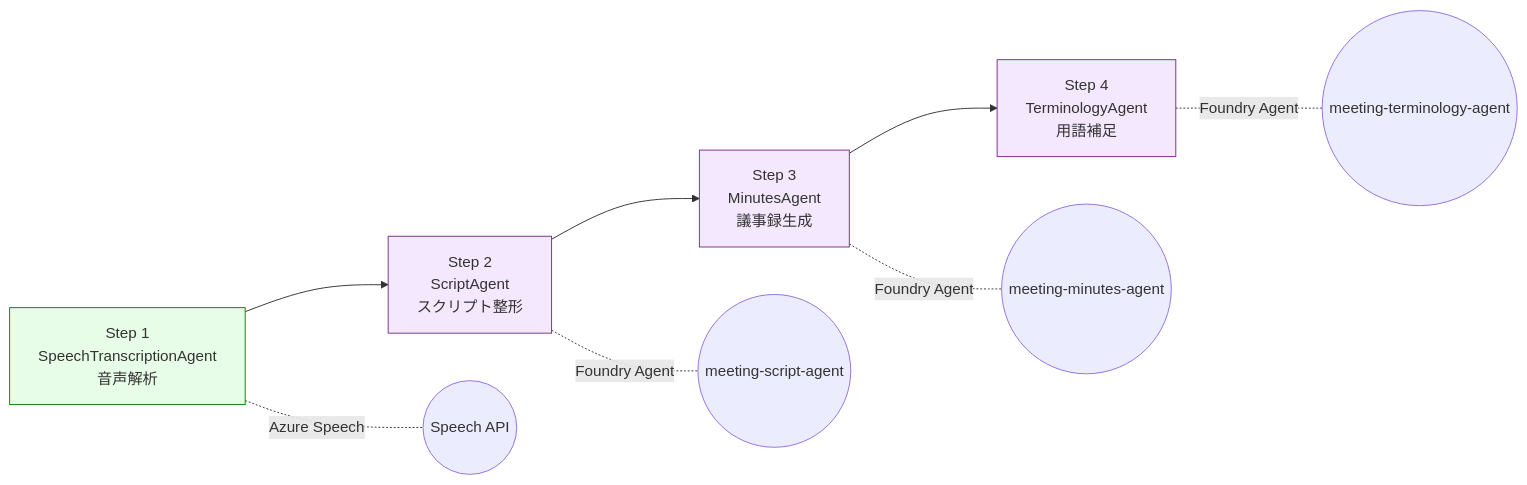
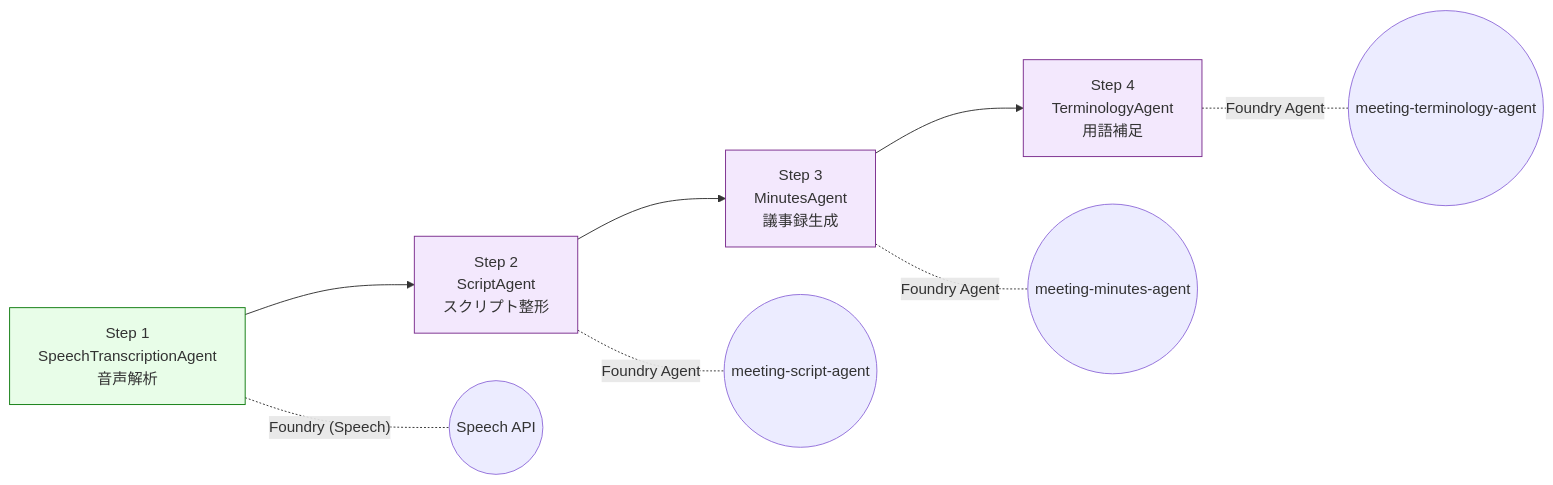
Before and after one commit to 0ht/meeting-minutes-agent: the eighth of 10 diagrams in docs/system-design.md, drawn with Mermaid. The commit also changed other lines of this file and 2 other files, not shown here.

````diff
--- a/docs/system-design.md
+++ b/docs/system-design.md
@@ -523,16 +535,16 @@
 ```mermaid
 graph LR
     A["Step 1<br/>SpeechTranscriptionAgent<br/>音声解析"] --> B["Step 2<br/>ScriptAgent<br/>スクリプト整形"]
     B --> C["Step 3<br/>MinutesAgent<br/>議事録生成"]
     C --> D["Step 4<br/>TerminologyAgent<br/>用語補足"]
 
-    A -.-|"Azure Speech"| SA((Speech API))
+    A -.-|"Foundry (Speech)"| SA((Speech API))
     B -.-|"Foundry Agent"| FA1((meeting-script-agent))
     C -.-|"Foundry Agent"| FA2((meeting-minutes-agent))
     D -.-|"Foundry Agent"| FA3((meeting-terminology-agent))
 
     style A fill:#e8fde8,stroke:#107c10
     style B fill:#f3e8fd,stroke:#7b2d8e
     style C fill:#f3e8fd,stroke:#7b2d8e
     style D fill:#f3e8fd,stroke:#7b2d8e
 ```
````
